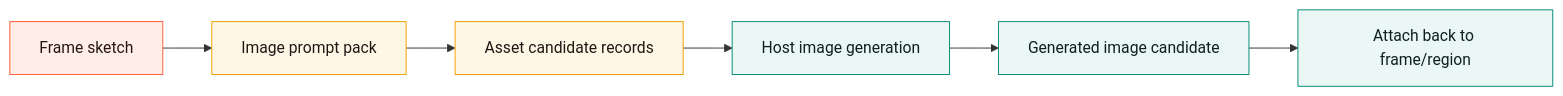
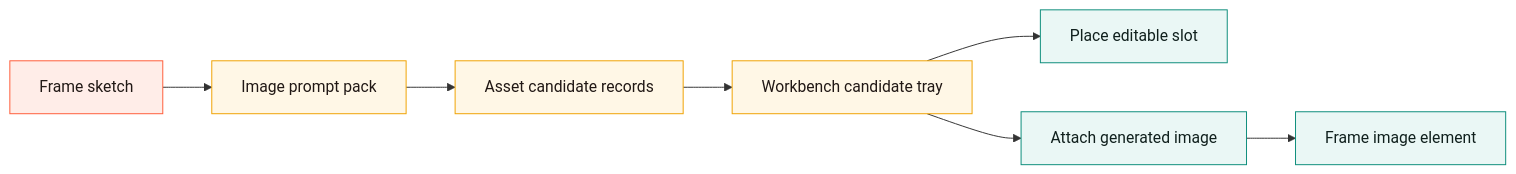
One commit to varshneydevansh/Canvax changed the ninth of 11 diagrams in docs/FEATURES.md. Above: the diagram before and after it, drawn with Mermaid. The commit also changed other lines of this file and 10 other files, not shown here.

Commit message:
feat: add asset candidate tray

````diff
--- a/docs/FEATURES.md
+++ b/docs/FEATURES.md
@@ -719,15 +725,16 @@
 ```mermaid
 flowchart LR
     A[Frame sketch] --> B[Image prompt pack]
     B --> C[Asset candidate records]
-    C --> D[Host image generation]
-    D --> E[Generated image candidate]
-    E --> F[Attach back to frame/region]
+    C --> D[Workbench candidate tray]
+    D --> E[Place editable slot]
+    D --> F[Attach generated image]
+    F --> G[Frame image element]
 
     classDef sketch fill:#ffede8,stroke:#ff5d3a,color:#211815;
     classDef pack fill:#fff7e6,stroke:#f0a202,color:#211815;
     classDef image fill:#eaf7f5,stroke:#0c8d7b,color:#10201d;
     class A sketch;
-    class B,C pack;
-    class D,E,F image;
+    class B,C,D pack;
+    class E,F,G image;
 ```
````
